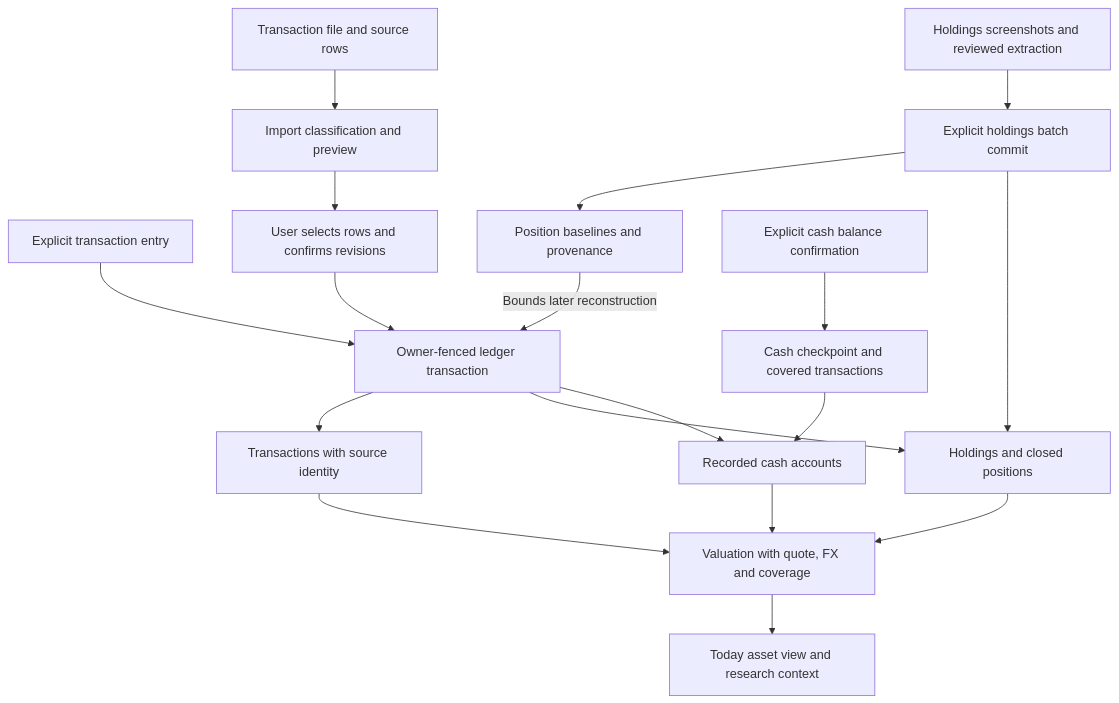
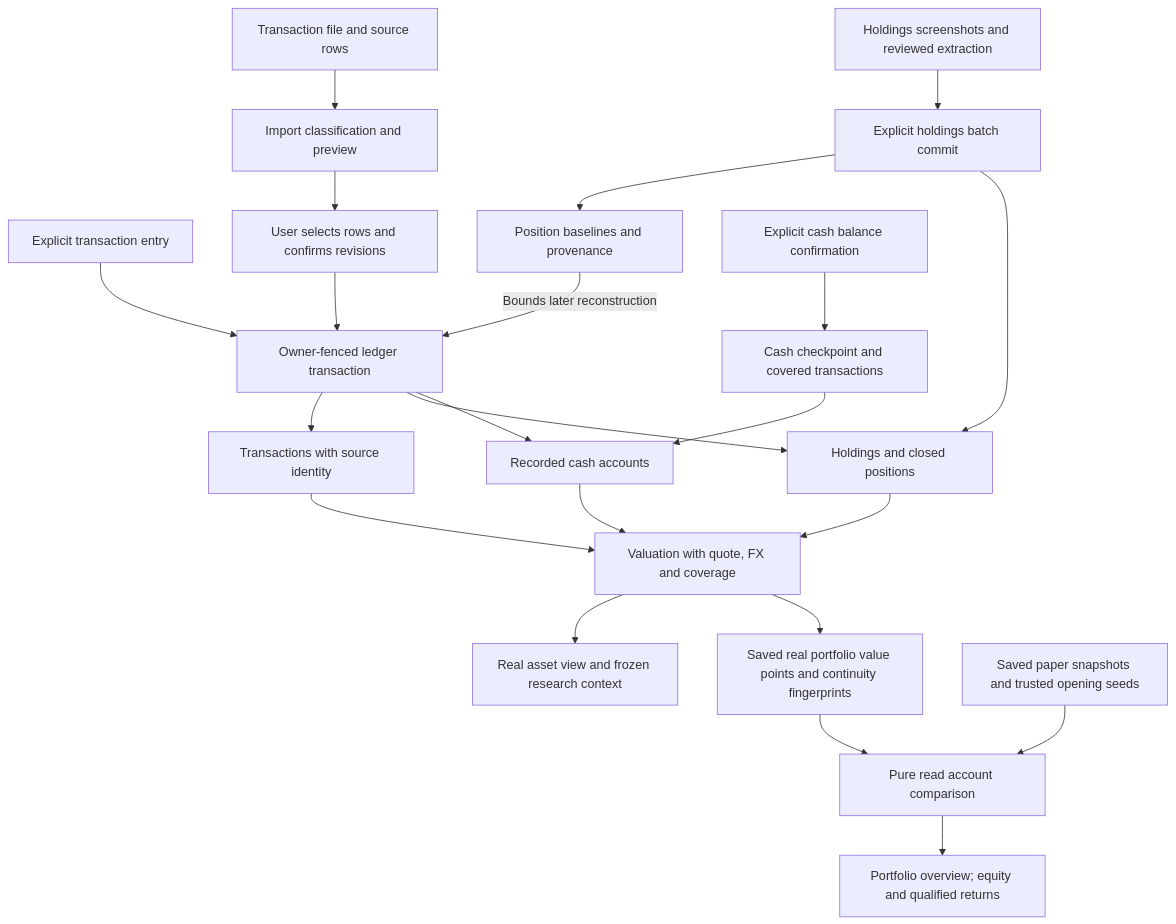
The fifth of 5 diagrams in docs/architecture.md (Lueyu/squabble), drawn with Mermaid before and after one commit. The commit also changed other lines of this file and 17 other files, not shown here.

````diff
--- a/docs/architecture.md
+++ b/docs/architecture.md
@@ -212,20 +218,24 @@
 ```mermaid
 flowchart TD
     manual["Explicit transaction entry"] --> ledgerTx["Owner-fenced ledger transaction"]
     file["Transaction file and source rows"] --> batch["Import classification and preview"]
     batch --> confirm["User selects rows and confirms revisions"]
     confirm --> ledgerTx
     screenshots["Holdings screenshots and reviewed extraction"] --> positionImport["Explicit holdings batch commit"]
     positionImport --> baseline["Position baselines and provenance"]
     baseline -->|"Bounds later reconstruction"| ledgerTx
     cashUser["Explicit cash balance confirmation"] --> cashReceipt["Cash checkpoint and covered transactions"]
     cashReceipt --> cash["Recorded cash accounts"]
     ledgerTx --> transactions["Transactions with source identity"]
     ledgerTx --> holdings["Holdings and closed positions"]
     positionImport --> holdings
     ledgerTx --> cash
     holdings --> metrics["Valuation with quote, FX and coverage"]
     cash --> metrics
     transactions --> metrics
-    metrics --> today["Today asset view and research context"]
+    metrics --> today["Real asset view and frozen research context"]
+    metrics --> points["Saved real portfolio value points and continuity fingerprints"]
+    paper["Saved paper snapshots and trusted opening seeds"] --> compare["Pure read account comparison"]
+    points --> compare
+    compare --> overview["Portfolio overview; equity and qualified returns"]
 ```
````
